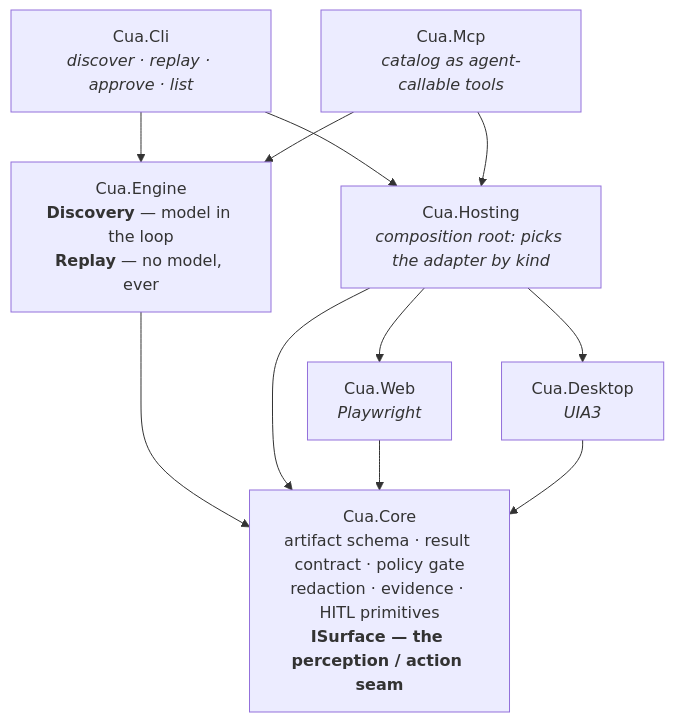
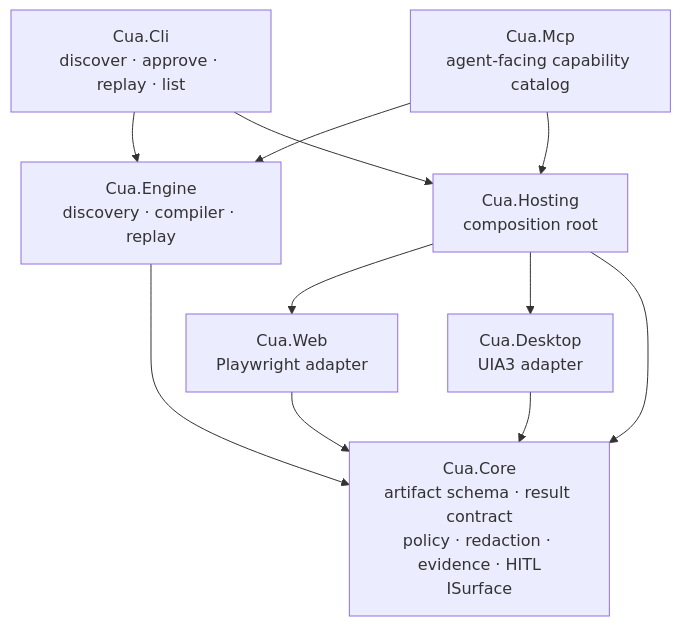
Before and after one commit to ssciri09/computer-use-automation-system: the third of 17 diagrams in docs/ARCHITECTURE.md, drawn with Mermaid. The commit also changed other lines of this file and 109 other files, not shown here.

````diff
--- a/docs/ARCHITECTURE.md
+++ b/docs/ARCHITECTURE.md
@@ -56,21 +81,21 @@
 ```mermaid
-flowchart TD
-  CLI["Cua.Cli<br/><i>discover · replay · approve · list</i>"]
-  MCP["Cua.Mcp<br/><i>catalog as agent-callable tools</i>"]
-  ENG["Cua.Engine<br/><b>Discovery</b> — model in the loop<br/><b>Replay</b> — no model, ever"]
-  HOST["Cua.Hosting<br/><i>composition root: picks the adapter by kind</i>"]
-  WEB["Cua.Web<br/><i>Playwright</i>"]
-  DESK["Cua.Desktop<br/><i>UIA3</i>"]
-  CORE["Cua.Core<br/>artifact schema · result contract · policy gate<br/>redaction · evidence · HITL primitives<br/><b>ISurface — the perception / action seam</b>"]
+flowchart TB
+    CLI["Cua.Cli<br/>discover · approve · replay · list"]
+    MCP["Cua.Mcp<br/>agent-facing capability catalog"]
+    HOST["Cua.Hosting<br/>composition root"]
+    ENGINE["Cua.Engine<br/>discovery · compiler · replay"]
+    WEB["Cua.Web<br/>Playwright adapter"]
+    DESKTOP["Cua.Desktop<br/>UIA3 adapter"]
+    CORE["Cua.Core<br/>artifact schema · result contract<br/>policy · redaction · evidence · HITL<br/>ISurface"]
 
-  CLI --> ENG
-  CLI --> HOST
-  MCP --> ENG
-  MCP --> HOST
-  HOST --> WEB
-  HOST --> DESK
-  ENG --> CORE
-  HOST --> CORE
-  WEB --> CORE
-  DESK --> CORE
+    CLI --> ENGINE
+    CLI --> HOST
+    MCP --> ENGINE
+    MCP --> HOST
+    HOST --> WEB
+    HOST --> DESKTOP
+    HOST --> CORE
+    ENGINE --> CORE
+    WEB --> CORE
+    DESKTOP --> CORE
 ```
````
